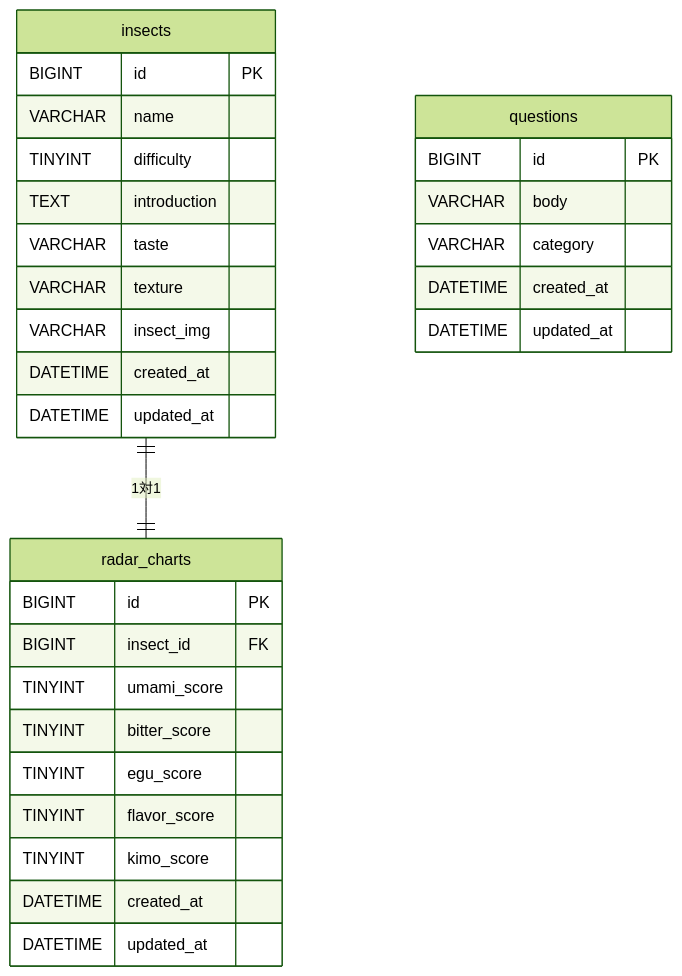
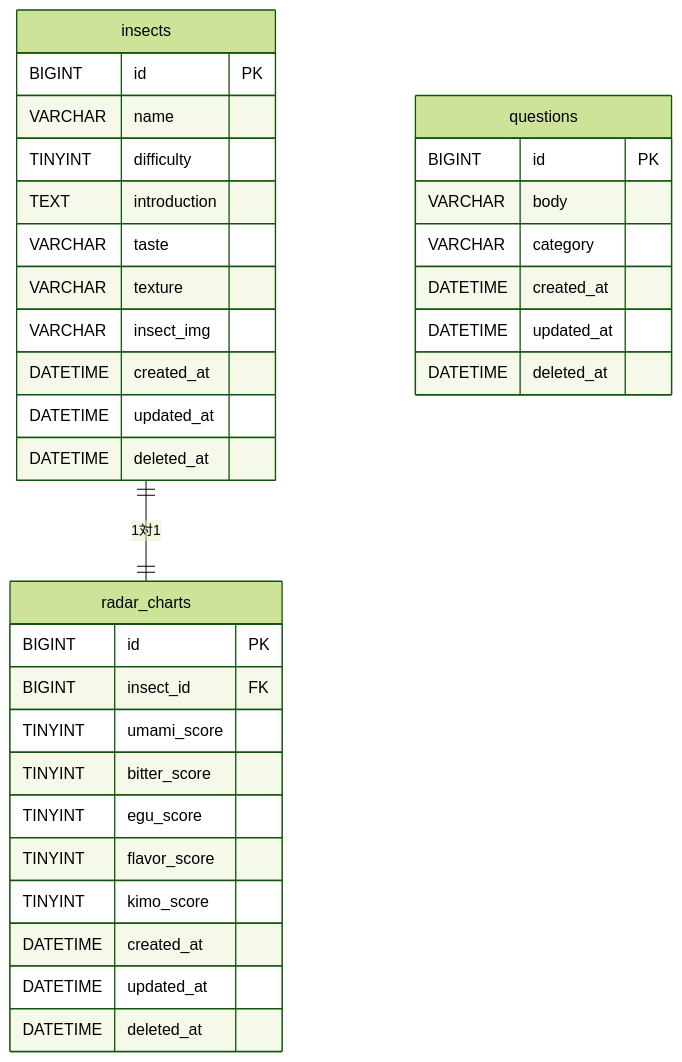
The diagram in 03_database.md (Masaaki618/insectfood-docs), drawn with Mermaid (forest theme) before and after one commit. The commit also changed other lines of this file, not shown here.

Commit message:
修正: deleted_at追加・TINYINT UNSIGNED対応をdatabase.mdに反映

````diff
--- a/03_database.md
+++ b/03_database.md
@@ -76,36 +79,39 @@
 ```mermaid
 erDiagram
     insects ||--|| radar_charts : "1対1"
 
     insects {
         BIGINT id PK
         VARCHAR name
         TINYINT difficulty
         TEXT introduction
         VARCHAR taste
         VARCHAR texture
         VARCHAR insect_img
         DATETIME created_at
         DATETIME updated_at
+        DATETIME deleted_at
     }
 
     radar_charts {
         BIGINT id PK
         BIGINT insect_id FK
         TINYINT umami_score
         TINYINT bitter_score
         TINYINT egu_score
         TINYINT flavor_score
         TINYINT kimo_score
         DATETIME created_at
         DATETIME updated_at
+        DATETIME deleted_at
     }
 
     questions {
         BIGINT id PK
         VARCHAR body
         VARCHAR category
         DATETIME created_at
         DATETIME updated_at
+        DATETIME deleted_at
     }
 ```
````
